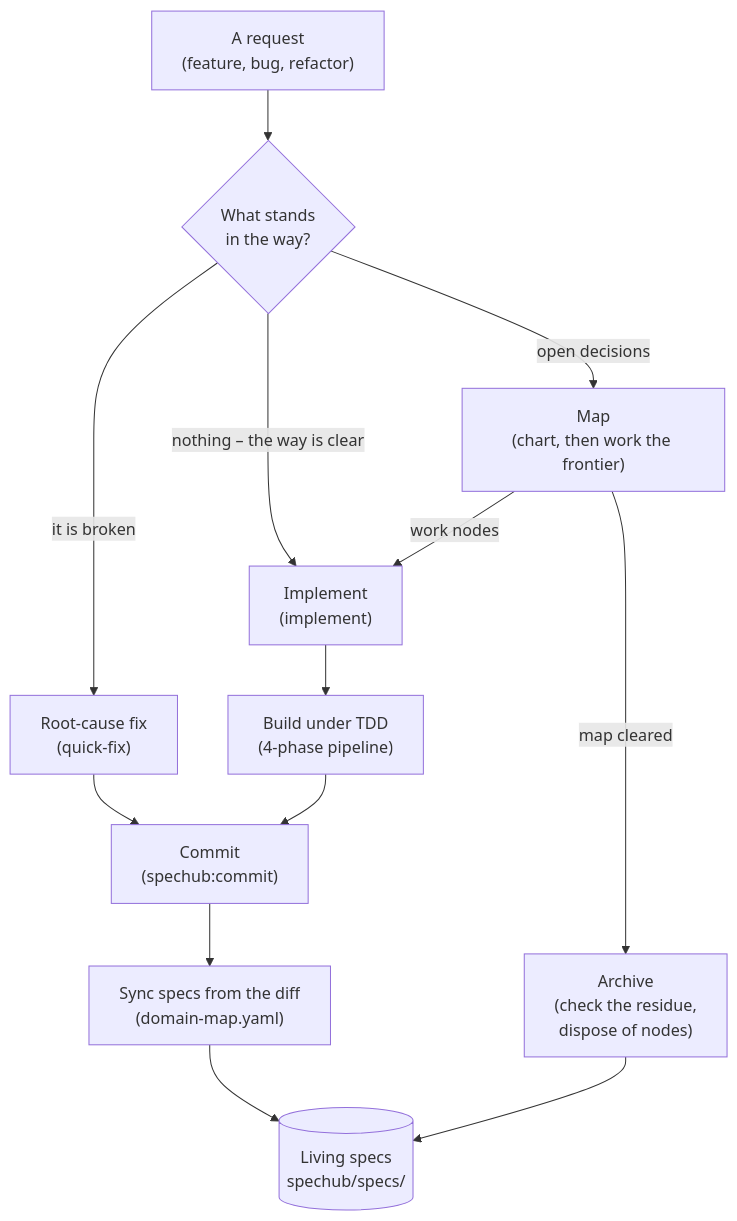
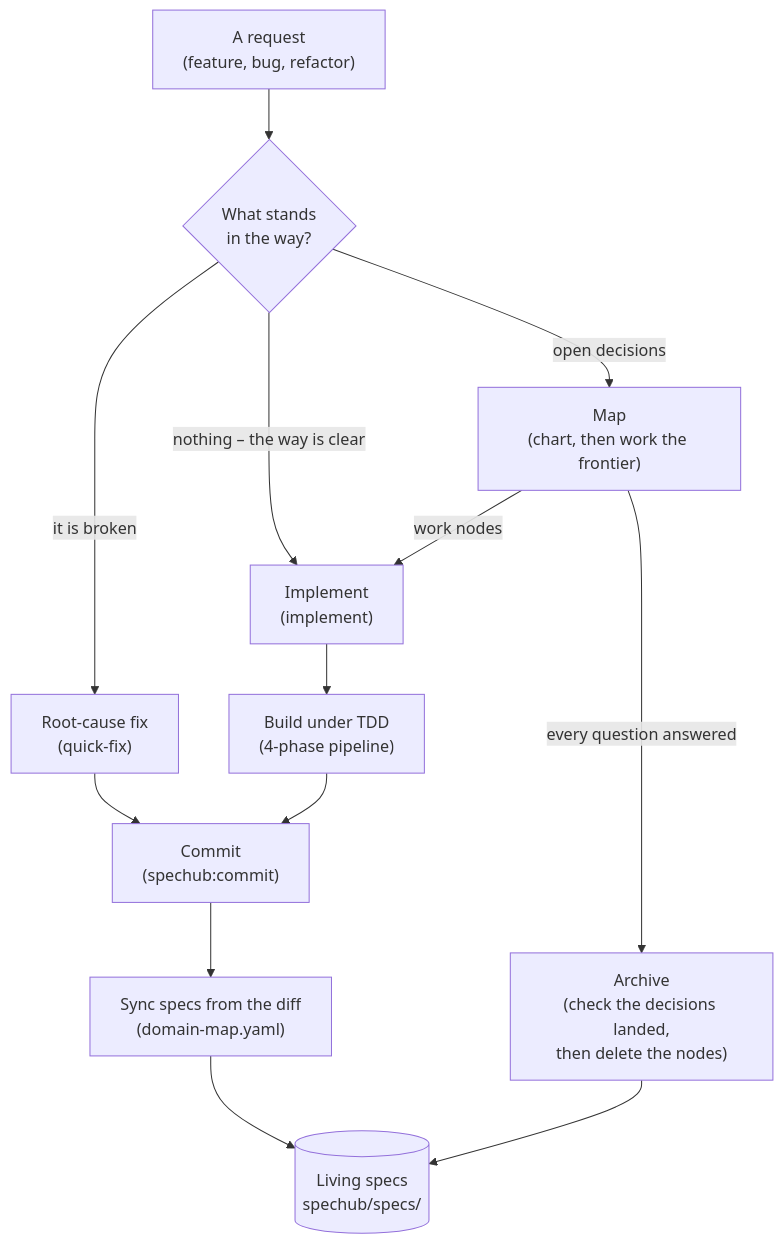
Before and after one commit to ac8318740/spechub: the first of 2 diagrams in docs/workflows.md, drawn with Mermaid. The commit also changed other lines of this file and 9 other files, not shown here.

````diff
--- a/docs/workflows.md
+++ b/docs/workflows.md
@@ -7,15 +13,15 @@
 ```mermaid
 flowchart TD
     R["A request<br/>(feature, bug, refactor)"] --> Q{"What stands<br/>in the way?"}
     Q -->|"nothing – the way is clear"| I["Implement<br/>(implement)"]
     Q -->|"it is broken"| F["Root-cause fix<br/>(quick-fix)"]
     Q -->|"open decisions"| M["Map<br/>(chart, then work the frontier)"]
     M -->|"work nodes"| I
     I --> T["Build under TDD<br/>(4-phase pipeline)"]
     F --> C["Commit<br/>(spechub:commit)"]
     T --> C
     C --> Y["Sync specs from the diff<br/>(domain-map.yaml)"]
     Y --> L[("Living specs<br/>spechub/specs/")]
-    M -->|"map cleared"| A["Archive<br/>(check the residue,<br/>dispose of nodes)"]
+    M -->|"every question answered"| A["Archive<br/>(check the decisions landed,<br/>then delete the nodes)"]
     A --> L
 ```
````
